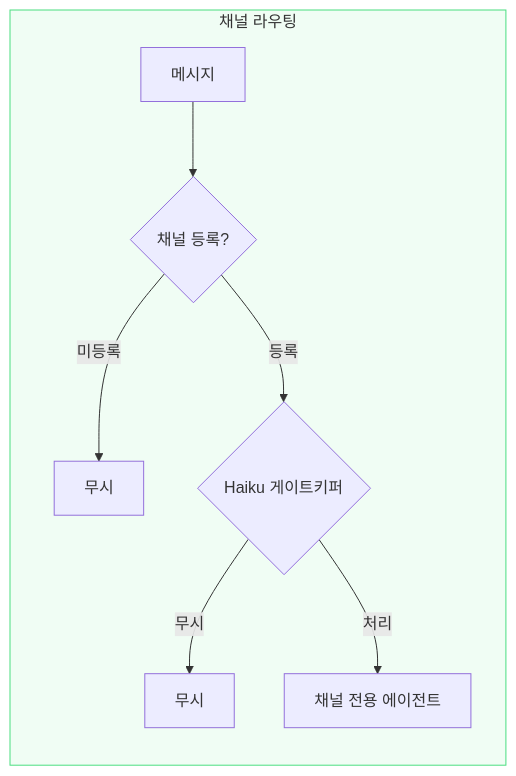
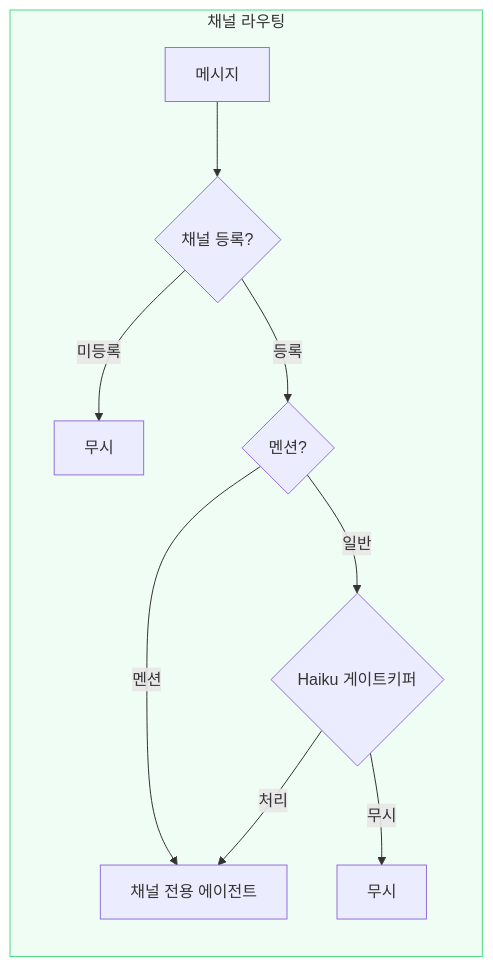
Before and after one commit to kimduksoo/duksoo-tech-blog: the second of 2 diagrams in content/ai/ai-infra-automation-v2.md, drawn with Mermaid. The commit also changed other lines of this file and 1 other file, not shown here.

````diff
--- a/content/ai/ai-infra-automation-v2.md
+++ b/content/ai/ai-infra-automation-v2.md
@@ -84,12 +91,14 @@
 ```mermaid
 flowchart LR
     subgraph After[채널 라우팅]
-        Msg2[메시지] --> CH{채널 등록?}
-        CH -->|미등록| Drop3[무시]
-        CH -->|등록| GK{Haiku 게이트키퍼}
-        GK -->|무시| Drop4[무시]
-        GK -->|처리| Agent[채널 전용 에이전트]
+        Msg[메시지] --> CH{채널 등록?}
+        CH -->|미등록| Drop1[무시]
+        CH -->|등록| Type{멘션?}
+        Type -->|멘션| Agent[채널 전용 에이전트]
+        Type -->|일반| GK{Haiku 게이트키퍼}
+        GK -->|무시| Drop2[무시]
+        GK -->|처리| Agent
     end
 
     style After fill:#f0fdf4,stroke:#4ade80
 ```
````
